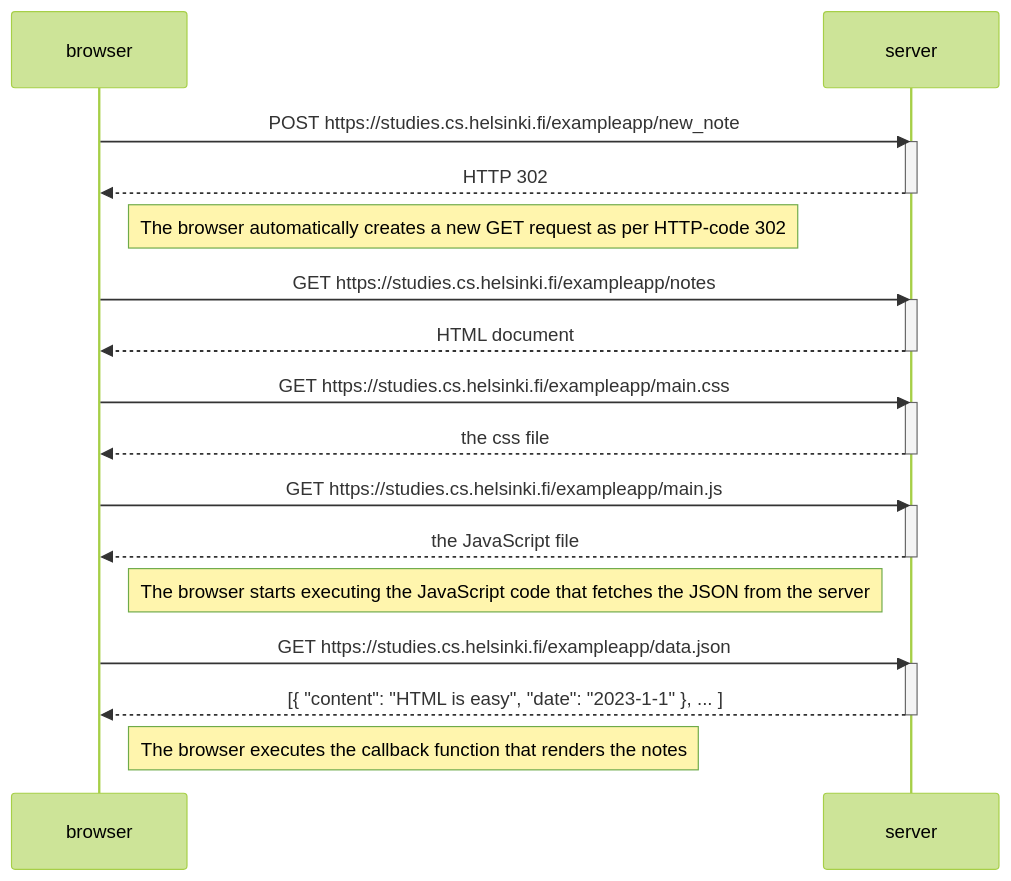
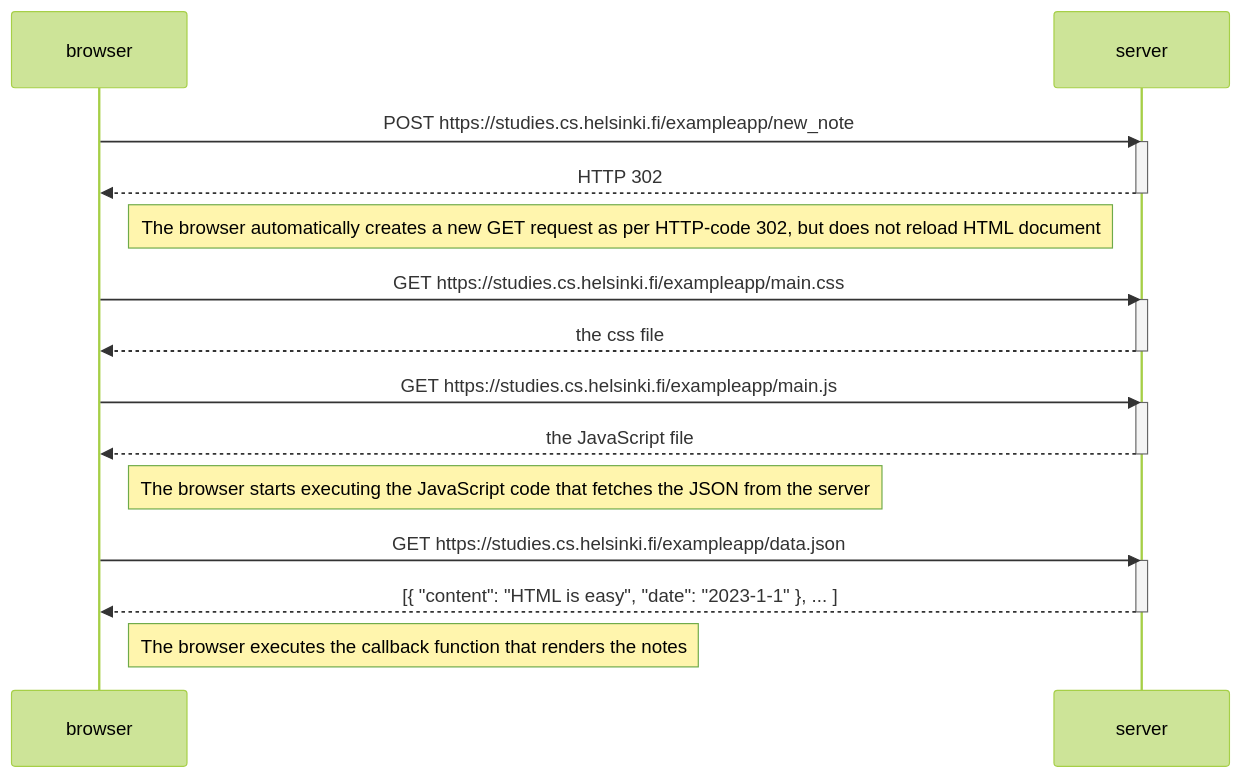
The diagram in Osa0/0.4.md (noreasonpng/FullStack_PalautusRepo), drawn with Mermaid (forest theme) before and after one commit.

````diff
--- a/Osa0/0.4.md
+++ b/Osa0/0.4.md
@@ -2,37 +2,32 @@
 ```mermaid
 sequenceDiagram
     participant browser
     participant server
     
     browser->>server: POST https://studies.cs.helsinki.fi/exampleapp/new_note
     activate server
     server-->>browser: HTTP 302
     deactivate server
 
-    Note right of browser: The browser automatically creates a new GET request as per HTTP-code 302
-
-    browser->>server: GET https://studies.cs.helsinki.fi/exampleapp/notes
-    activate server
-    server-->>browser: HTML document
-    deactivate server
+    Note right of browser: The browser automatically creates a new GET request as per HTTP-code 302, but does not reload HTML document
     
     browser->>server: GET https://studies.cs.helsinki.fi/exampleapp/main.css
     activate server
     server-->>browser: the css file
     deactivate server
     
     browser->>server: GET https://studies.cs.helsinki.fi/exampleapp/main.js
     activate server
     server-->>browser: the JavaScript file
     deactivate server
     
     Note right of browser: The browser starts executing the JavaScript code that fetches the JSON from the server
     
     browser->>server: GET https://studies.cs.helsinki.fi/exampleapp/data.json
     activate server
     server-->>browser: [{ "content": "HTML is easy", "date": "2023-1-1" }, ... ]
     deactivate server    
 
     Note right of browser: The browser executes the callback function that renders the notes 
     
 ```
````
